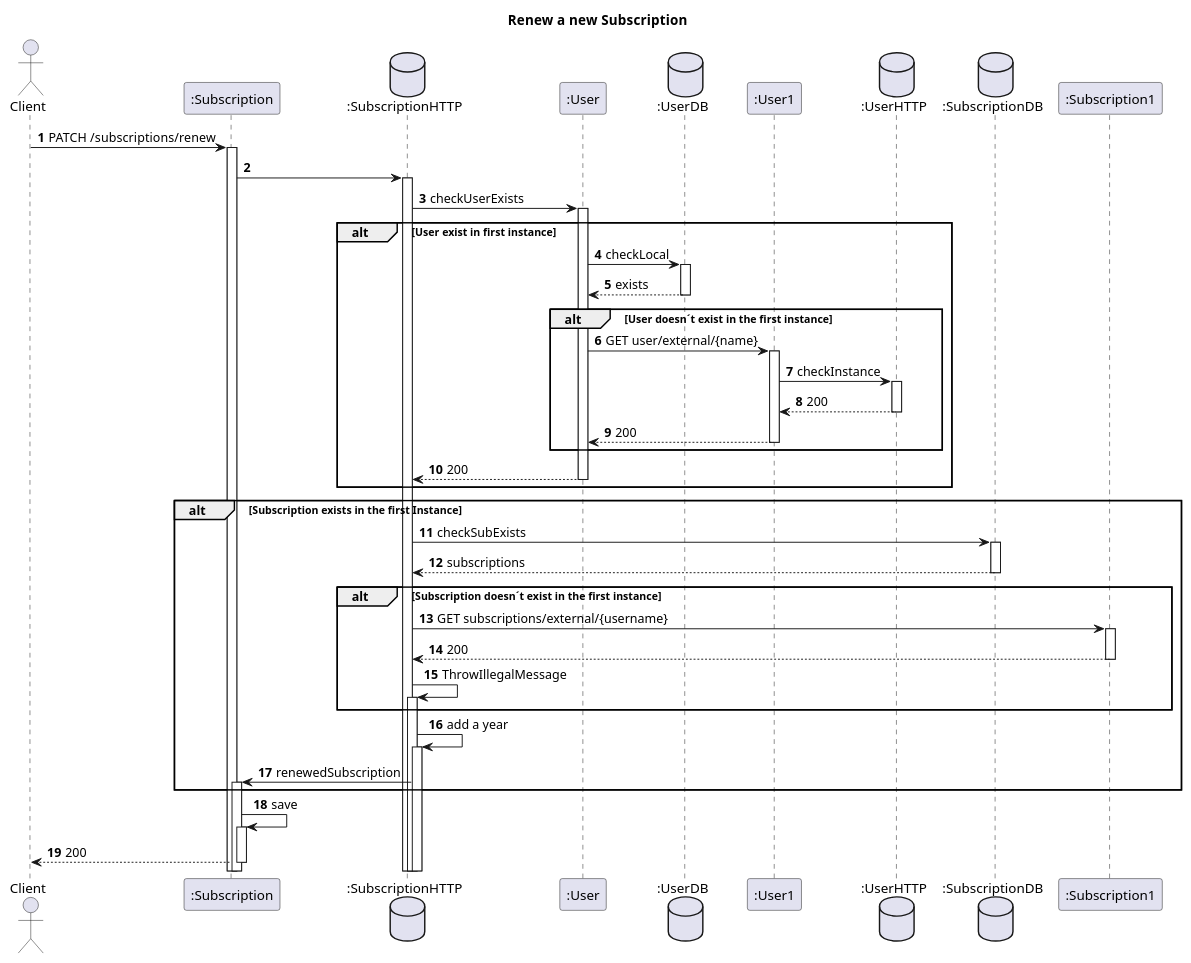
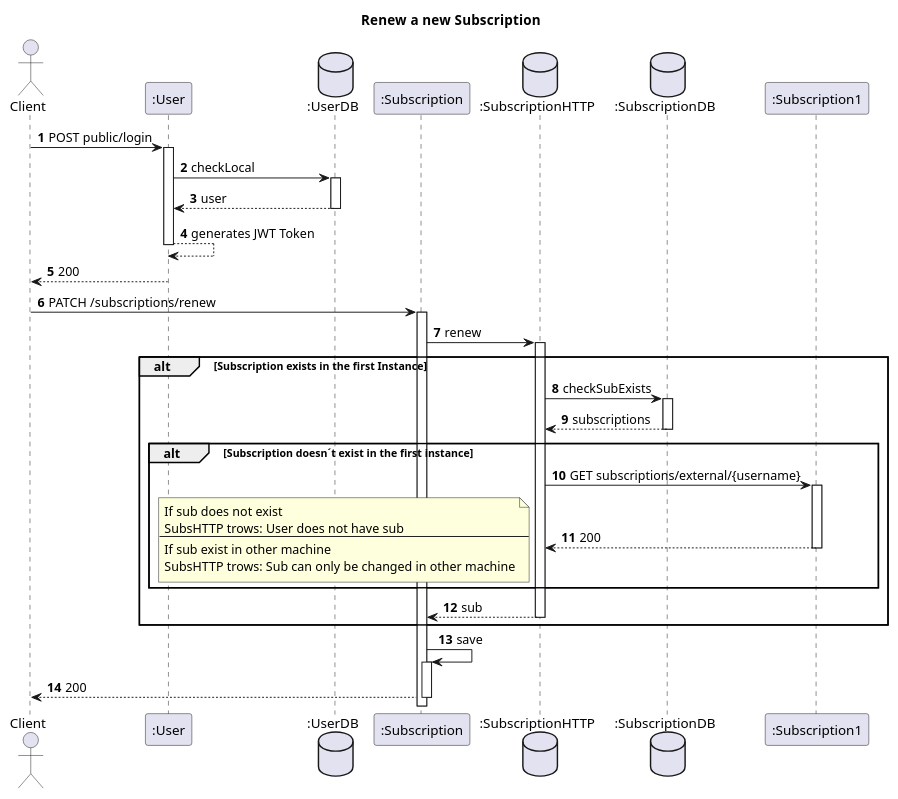
One commit to IsepMartimOliveira/SIDIS changed the diagram in docs_sidis/Subs/Vista Logica/N3/RenewSubs.puml. Above: the diagram before and after it, drawn with PlantUML. The commit also changed 52 other files, not shown here.

```diff
--- a/docs_sidis/Subs/Vista Logica/N3/RenewSubs.puml
+++ b/docs_sidis/Subs/Vista Logica/N3/RenewSubs.puml
@@ -1,52 +1,46 @@
 @startuml
 'https://plantuml.com/sequence-diagram
 autoactivate on
 autonumber
 title  Renew  a new Subscription
 
 autonumber
 
 actor "Client" as Ac
+participant ":User" as User
+database ":UserDB" as Udb
 participant ":Subscription" as Auth
 database ":SubscriptionHTTP" as SHTTP
-participant ":User" as User
-database ":UserDB" as UDB
-participant ":User1" as User1
-database ":UserHTTP" as UHTTP
+
 database ":SubscriptionDB" as SDB
 participant ":Subscription1" as Serv
 
-
+Ac->User: POST public/login
+User->Udb:checkLocal
+Udb-->User:user
+User-->User:generates JWT Token
+User-->Ac:200
 Ac->Auth:  PATCH /subscriptions/renew
-Auth->SHTTP:
-SHTTP->User:checkUserExists
-alt User exist in first instance
-User->UDB:checkLocal
-UDB-->User:exists
-alt User doesn´t exist in the first instance
-User->User1:GET user/external/{name}
-User1->UHTTP:checkInstance
-UHTTP-->User1:200
-User1-->User:200
-end
-User-->SHTTP:200
-
-end
-
+Auth->SHTTP: renew
 alt Subscription exists in the first Instance
 SHTTP->SDB:checkSubExists
 SDB-->SHTTP:subscriptions
 alt Subscription doesn´t exist in the first instance
 SHTTP->Serv:GET subscriptions/external/{username}
 Serv-->SHTTP:200
-SHTTP->SHTTP:ThrowIllegalMessage
+note left
+If sub does not exist
+SubsHTTP trows: User does not have sub
+--
+If sub exist in other machine
+SubsHTTP trows: Sub can only be changed in other machine
+end note
 end
-SHTTP->SHTTP:add a year
-SHTTP->Auth:renewedSubscription
+SHTTP-->Auth:sub
 
 end
 
 
 Auth->Auth:save
 Auth-->Ac:200
 @enduml
```
